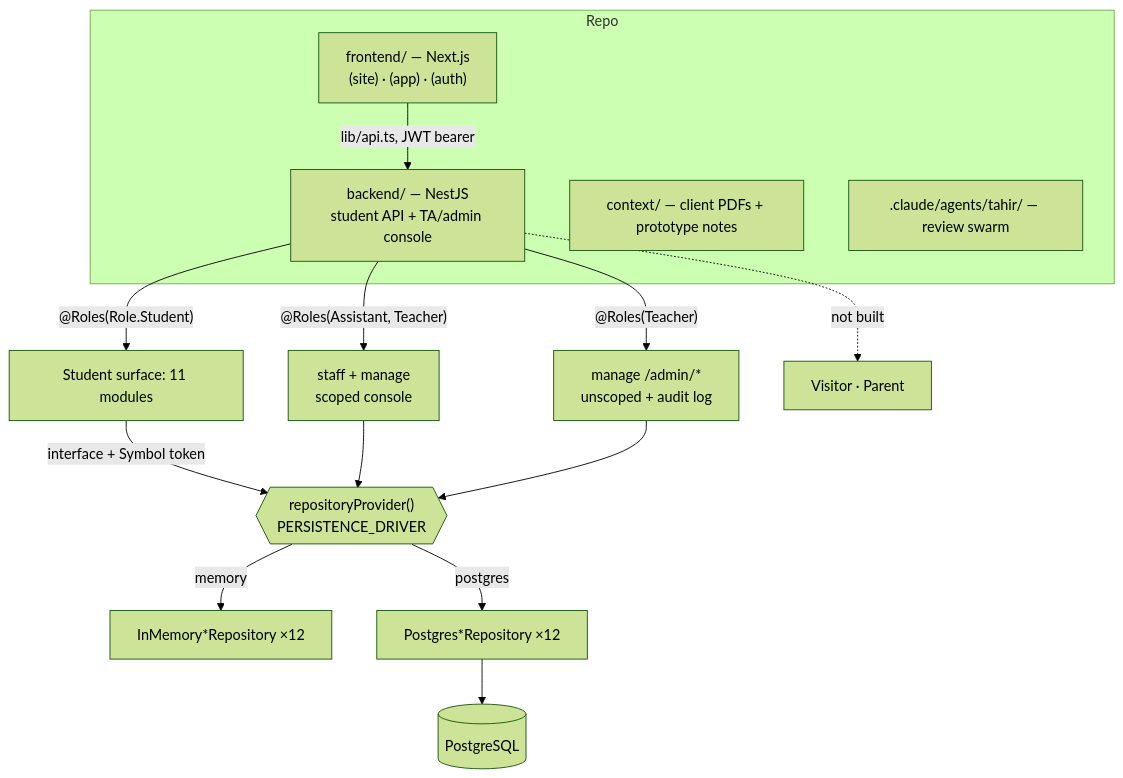
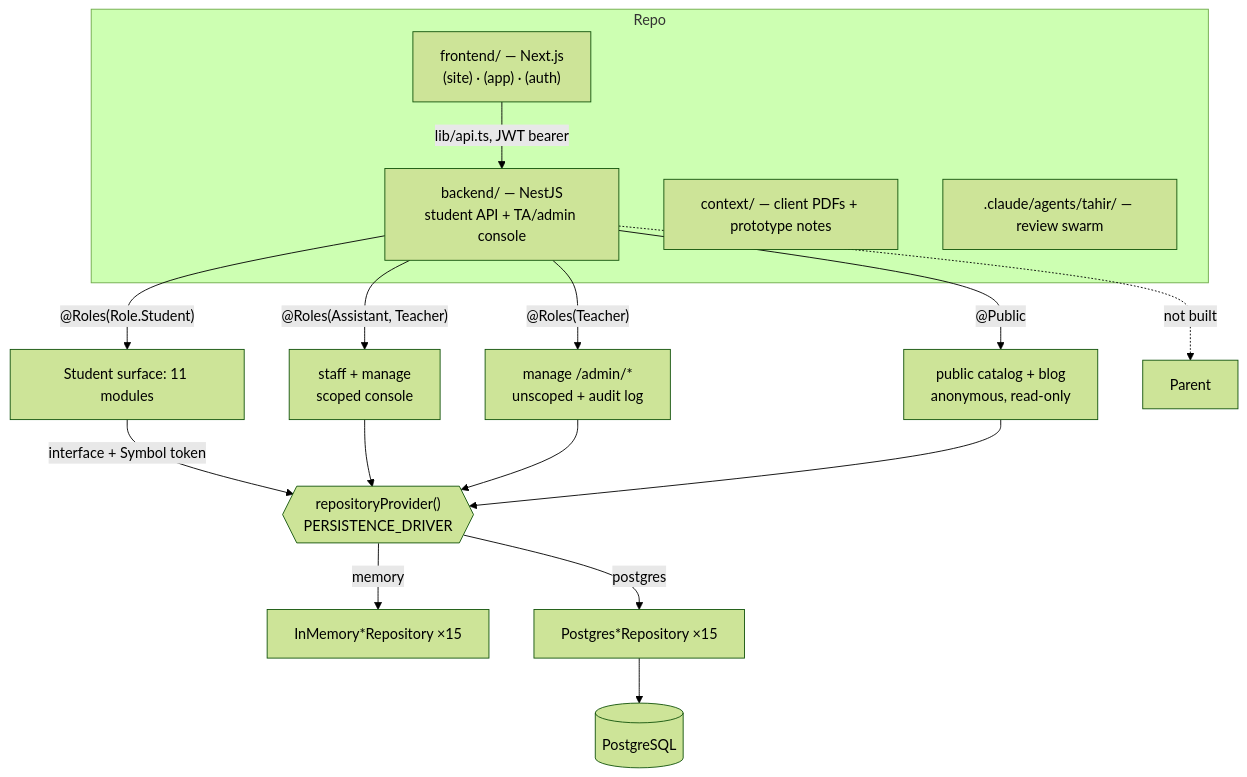
Before and after one commit to MohamedElghali1/TahirElshazli: the first of 26 diagrams in project_log.md, drawn with Mermaid (forest theme). The commit also changed other lines of this file and 42 other files, not shown here.

````diff
--- a/project_log.md
+++ b/project_log.md
@@ -99,20 +123,22 @@
 ```mermaid
 graph TD
     subgraph Repo
       FE["frontend/ — Next.js<br/>(site) · (app) · (auth)"]
       BE["backend/ — NestJS<br/>student API + TA/admin console"]
       CTX["context/ — client PDFs + prototype notes"]
       SWARM[".claude/agents/tahir/ — review swarm"]
     end
     FE -->|"lib/api.ts, JWT bearer"| BE
     BE -->|"@Roles(Role.Student)"| STU["Student surface: 11 modules"]
     BE -->|"@Roles(Assistant, Teacher)"| TA["staff + manage<br/>scoped console"]
     BE -->|"@Roles(Teacher)"| ADM["manage /admin/*<br/>unscoped + audit log"]
-    BE -.->|not built| OTHERS["Visitor · Parent"]
+    BE -->|"@Public"| VIS["public catalog + blog<br/>anonymous, read-only"]
+    BE -.->|not built| OTHERS["Parent"]
     STU -->|"interface + Symbol token"| SEL{{"repositoryProvider()<br/>PERSISTENCE_DRIVER"}}
     TA --> SEL
     ADM --> SEL
-    SEL -->|memory| MEM["InMemory*Repository ×12"]
-    SEL -->|postgres| PG["Postgres*Repository ×12"]
+    VIS --> SEL
+    SEL -->|memory| MEM["InMemory*Repository ×15"]
+    SEL -->|postgres| PG["Postgres*Repository ×15"]
     PG --> DB[("PostgreSQL")]
 ```
````
